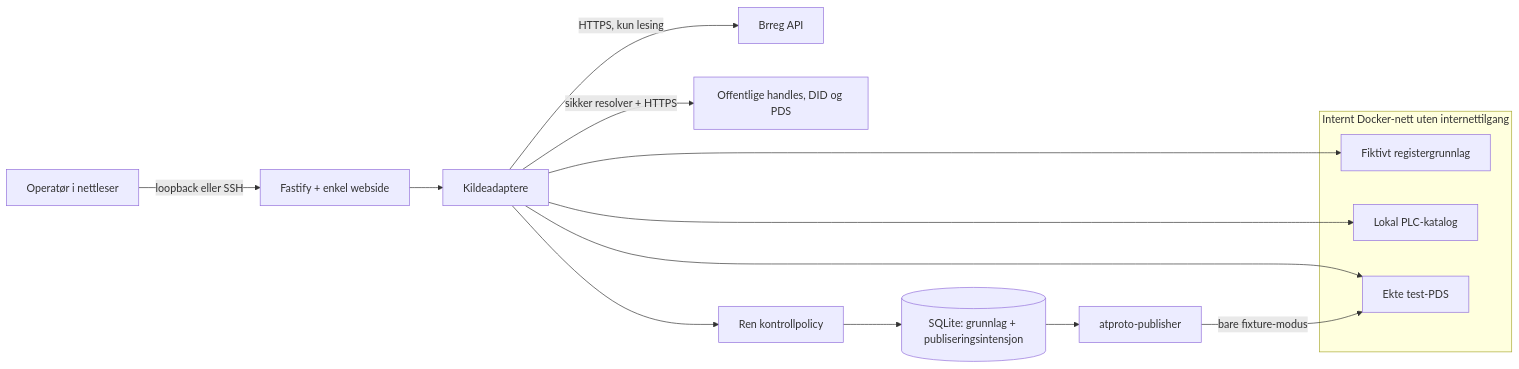
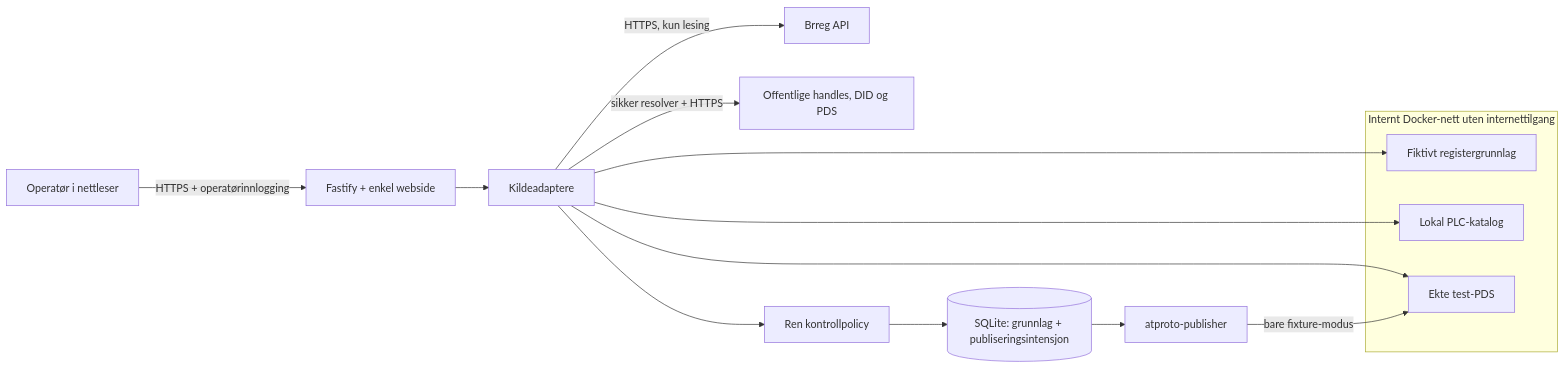
Before and after one commit to demokratiloftet/organisation-verifier: the first of 2 diagrams in docs/architecture.md, drawn with Mermaid. The commit also changed other lines of this file and 10 other files, not shown here.

````diff
--- a/docs/architecture.md
+++ b/docs/architecture.md
@@ -11,19 +11,19 @@
 ```mermaid
 flowchart LR
-  Operator[Operatør i nettleser] -->|loopback eller SSH| App[Fastify + enkel webside]
+  Operator[Operatør i nettleser] -->|HTTPS + operatørinnlogging| App[Fastify + enkel webside]
   App --> Sources[Kildeadaptere]
   Sources -->|HTTPS, kun lesing| Brreg[Brreg API]
   Sources -->|sikker resolver + HTTPS| Public[Offentlige handles, DID og PDS]
   Sources --> Policy[Ren kontrollpolicy]
   Policy --> DB[(SQLite: grunnlag + publiseringsintensjon)]
   DB --> Publisher[atproto-publisher]
   subgraph Isolated[Internt Docker-nett uten internettilgang]
     Fixture[Fiktivt registergrunnlag]
     PLC[Lokal PLC-katalog]
     PDS[Ekte test-PDS]
   end
   Sources --> Fixture
   Sources --> PLC
   Sources --> PDS
   Publisher -->|bare fixture-modus| PDS
 ```
````
